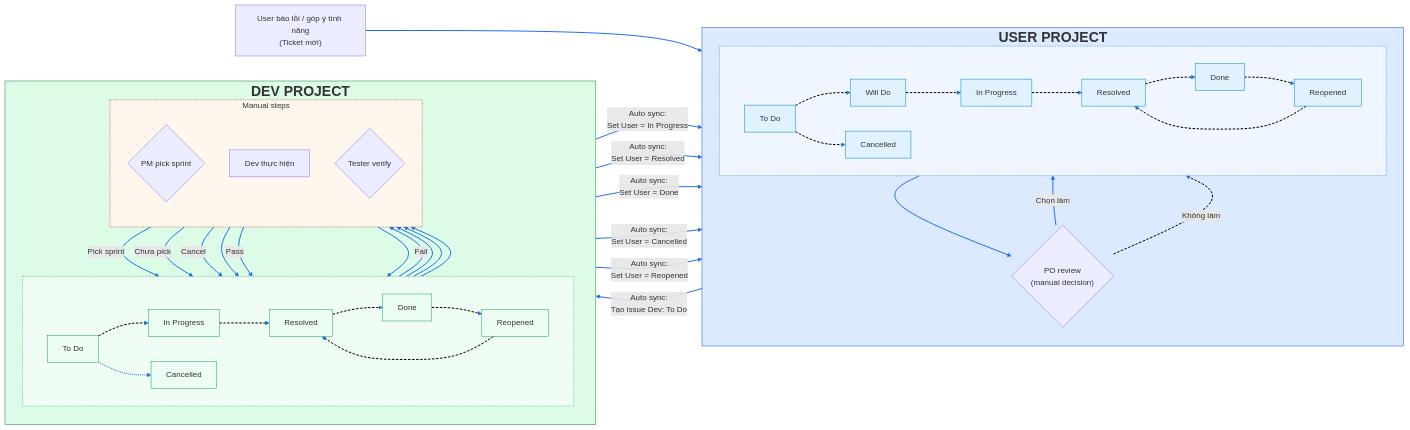
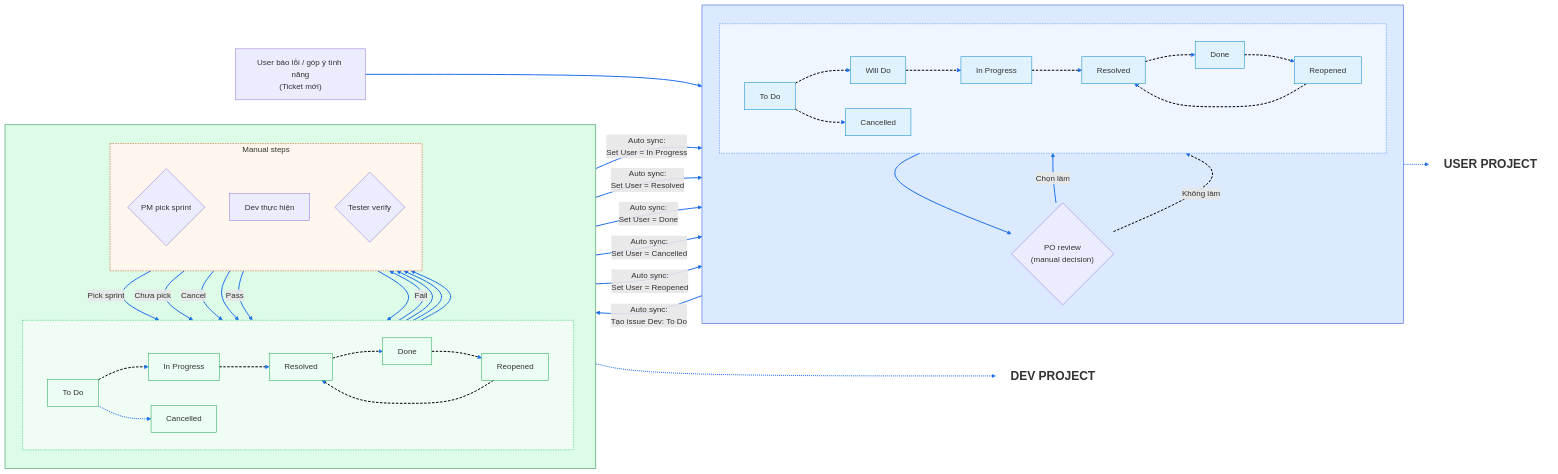
Before and after one commit to kiendd/Jira-sync: the diagram in Workflow.md, drawn with Mermaid.

Commit message:
Tweak workflow labels outside groups

```diff
--- a/Workflow.md
+++ b/Workflow.md
@@ -5,7 +5,7 @@
 flowchart LR
     Start["User báo lỗi / góp ý tính năng<br/>(Ticket mới)"] --> U_TODO
 
-    subgraph User_Project["USER PROJECT"]
+    subgraph User_Project[" "]
         direction TB
         subgraph User_Statuses[" "]
             direction LR
@@ -29,7 +29,7 @@
         PO_REVIEW -->|Không làm| U_CANCEL
     end
 
-    subgraph Dev_Project["DEV PROJECT"]
+    subgraph Dev_Project[" "]
         direction TB
         subgraph Dev_Statuses[" "]
             direction LR
@@ -73,6 +73,12 @@
     D_CANCEL -- "Auto sync:<br/>Set User = Cancelled" --> U_CANCEL
     D_REOPEN -- "Auto sync:<br/>Set User = Reopened" --> U_REOPEN
 
+    %% Nhãn ngoài khung để không bị che
+    User_Label["USER PROJECT"]
+    Dev_Label["DEV PROJECT"]
+    User_Project -.-> User_Label
+    Dev_Project -.-> Dev_Label
+
     %% Màu nền để phân biệt hai project (palette mới)
     classDef userNode fill:#e0f2fe,stroke:#0284c7,stroke-width:1;
     classDef devNode fill:#ecfdf3,stroke:#16a34a,stroke-width:1;
@@ -81,6 +87,7 @@
     classDef userStatusGroup fill:#eff6ff,stroke:#3b82f6,stroke-width:1,stroke-dasharray:3 2;
     classDef devStatusGroup fill:#f0fdf4,stroke:#22c55e,stroke-width:1,stroke-dasharray:3 2;
     classDef devManualGroup fill:#fff7ed,stroke:#c2410c,stroke-width:1,stroke-dasharray:3 2;
+    classDef labelNode fill:transparent,stroke:transparent,font-size:24px,font-weight:bold;
     class U_TODO,U_WILLDO,U_INPROG,U_RESOLVED,U_DONE,U_REOPEN,U_CANCEL userNode;
     class D_TODO,D_INPROG,D_RESOLVED,D_DONE,D_REOPEN,D_CANCEL devNode;
     class User_Project userGroup;
@@ -88,6 +95,7 @@
     class User_Statuses userStatusGroup;
     class Dev_Statuses devStatusGroup;
     class Dev_Manual devManualGroup;
+    class User_Label,Dev_Label labelNode;
 
     %% Style: mũi tên đậm và màu xanh, riêng mũi tên đứt màu đen
     linkStyle default stroke:#1f6feb,stroke-width:2;
```
